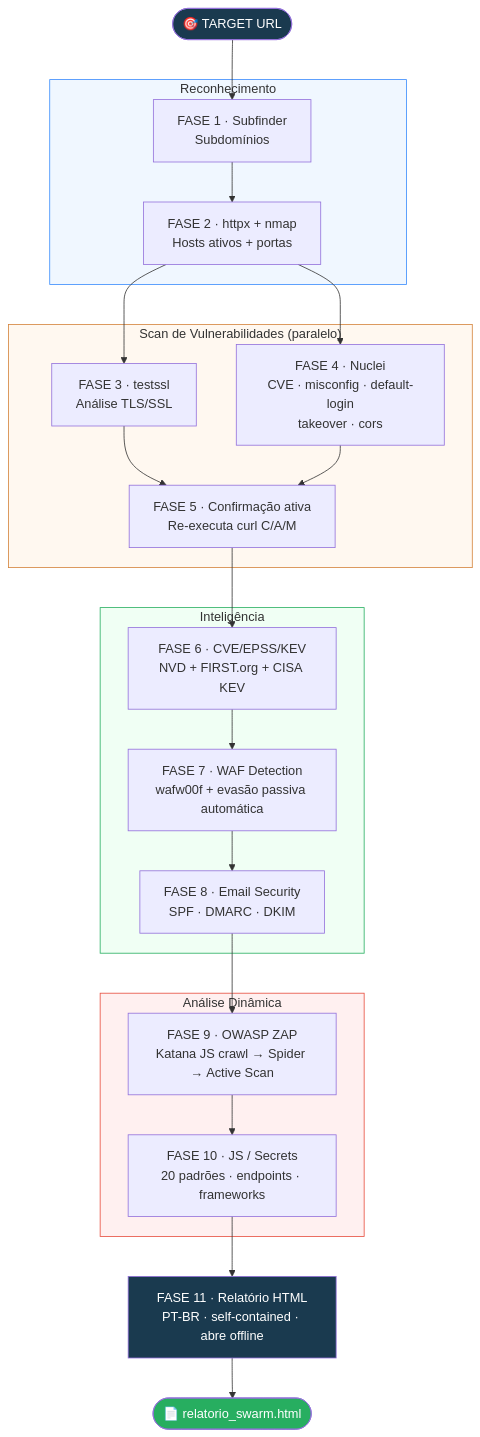
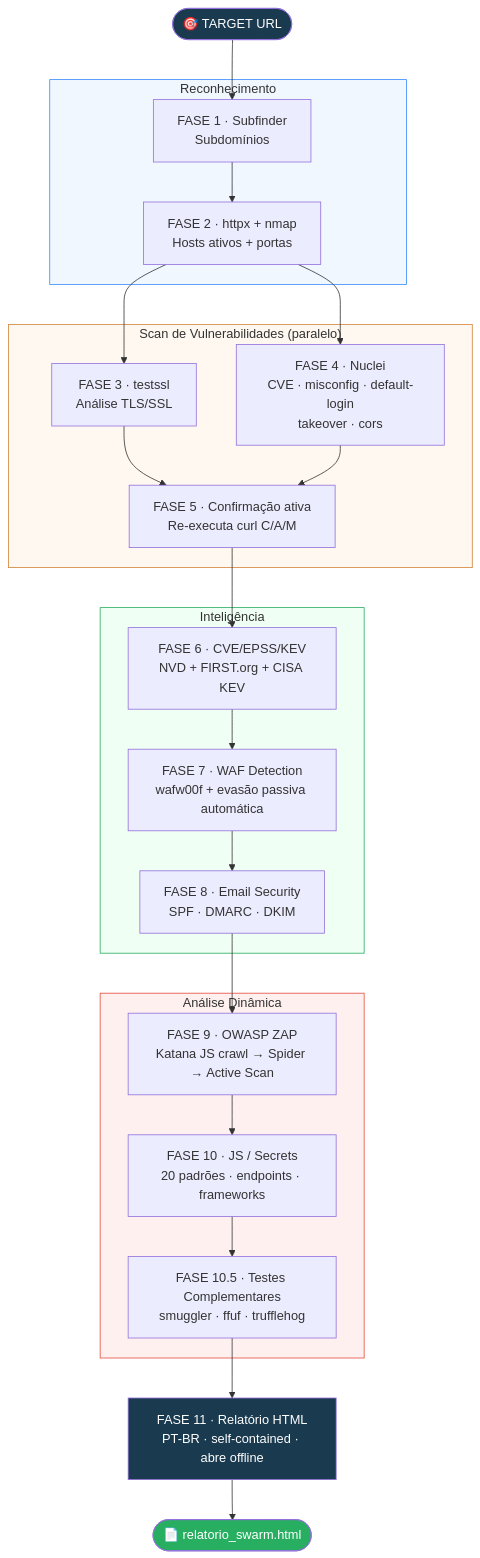
Before and after one commit to trickMeister1337/SWARM: the diagram in README.md, drawn with Mermaid. The commit also changed other lines of this file and 2 other files, not shown here.

````diff
--- a/README.md
+++ b/README.md
@@ -15,36 +15,37 @@
 ```mermaid
 flowchart TD
     A([🎯 TARGET URL]) --> B
 
     subgraph RECON["Reconhecimento"]
         B[FASE 1 · Subfinder\nSubdomínios] --> C[FASE 2 · httpx + nmap\nHosts ativos + portas]
     end
 
     subgraph SCAN["Scan de Vulnerabilidades (paralelo)"]
         C --> D[FASE 3 · testssl\nAnálise TLS/SSL]
         C --> E[FASE 4 · Nuclei\nCVE · misconfig · default-login\ntakeover · cors]
         D & E --> F[FASE 5 · Confirmação ativa\nRe-executa curl C/A/M]
     end
 
     subgraph INTEL["Inteligência"]
         F --> G[FASE 6 · CVE/EPSS/KEV\nNVD + FIRST.org + CISA KEV]
         G --> H[FASE 7 · WAF Detection\nwafw00f + evasão passiva automática]
         H --> I[FASE 8 · Email Security\nSPF · DMARC · DKIM]
     end
 
     subgraph DYNAMIC["Análise Dinâmica"]
         I --> J[FASE 9 · OWASP ZAP\nKatana JS crawl → Spider → Active Scan]
         J --> K[FASE 10 · JS / Secrets\n20 padrões · endpoints · frameworks]
+        K --> K2[FASE 10.5 · Testes Complementares\nsmuggler · ffuf · trufflehog]
     end
 
-    K --> L[FASE 11 · Relatório HTML\nPT-BR · self-contained · abre offline]
+    K2 --> L[FASE 11 · Relatório HTML\nPT-BR · self-contained · abre offline]
     L --> M([📄 relatorio_swarm.html])
 
     style A fill:#1a3a4f,color:#fff
     style M fill:#27ae60,color:#fff
     style L fill:#1a3a4f,color:#fff
     style RECON fill:#f0f7ff,stroke:#388bfd
     style SCAN fill:#fff8f0,stroke:#d4833a
     style INTEL fill:#f0fff4,stroke:#27ae60
     style DYNAMIC fill:#fff0f0,stroke:#e74c3c
 ```
````
